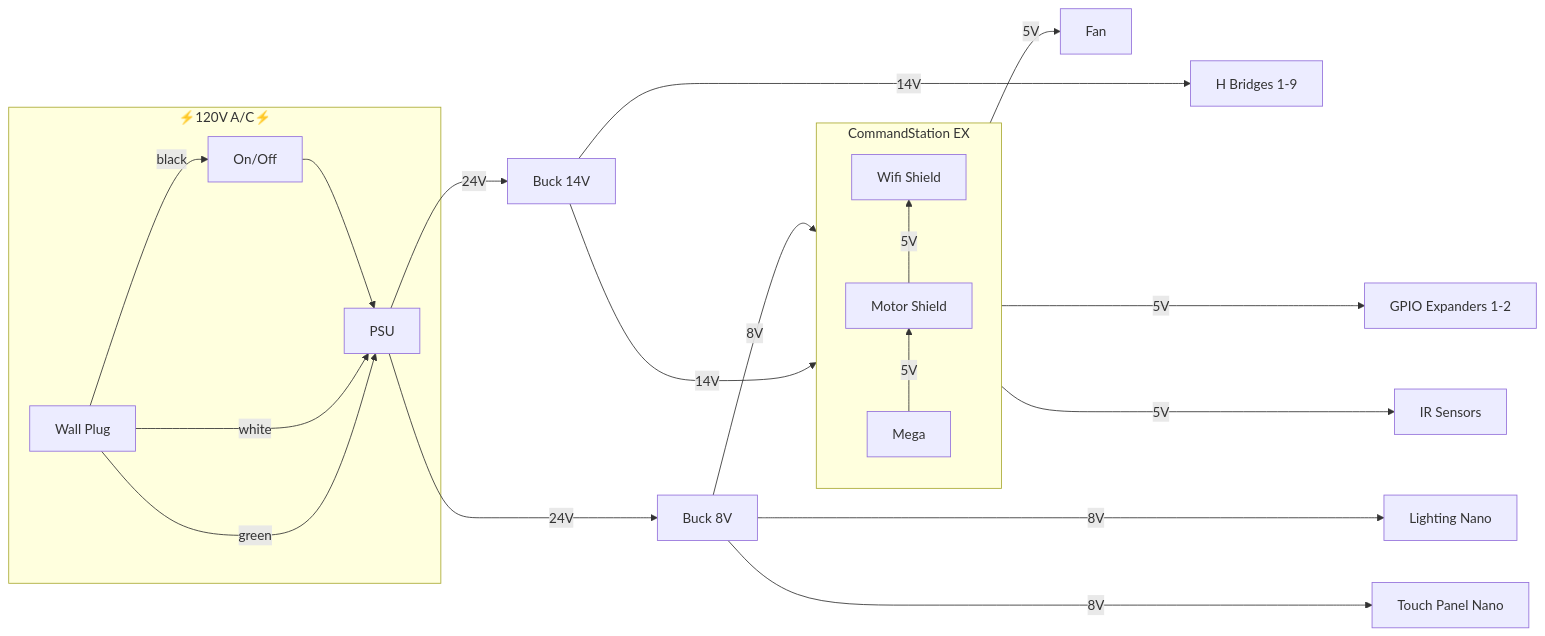
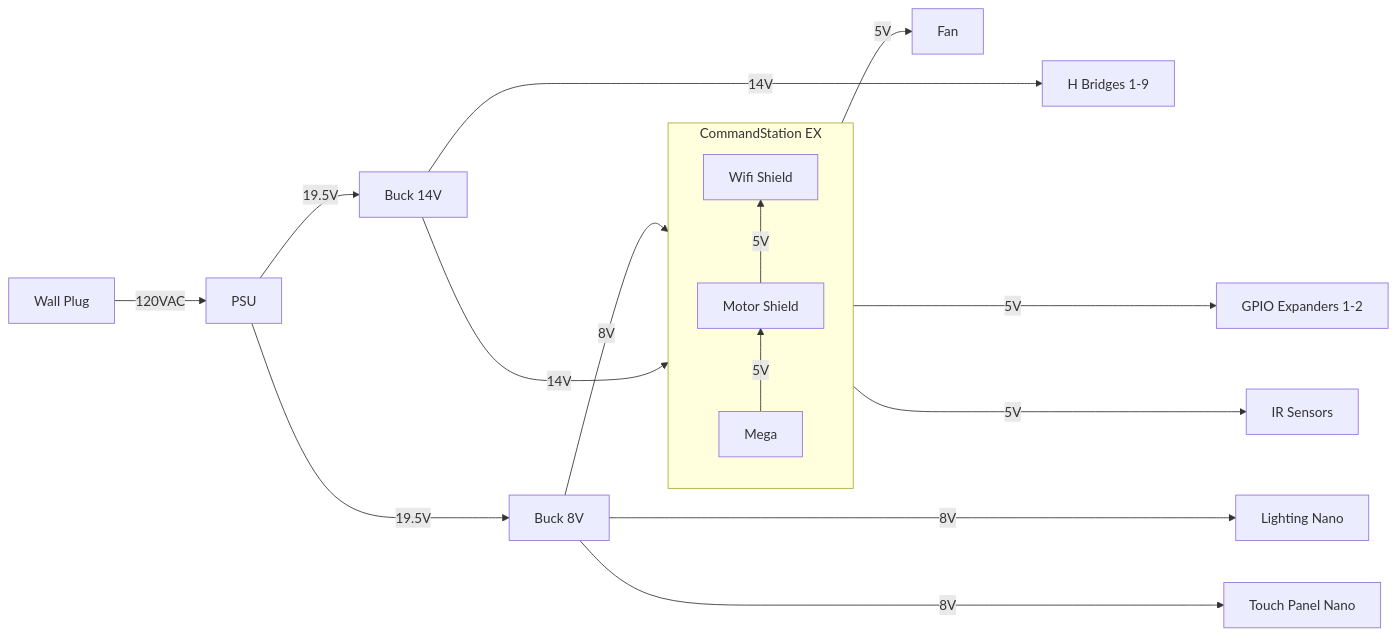
One commit to kmltechio/lumber_district changed the first of 4 diagrams in diagrams.md. Above: the diagram before and after it, drawn with Mermaid. The commit also changed other lines of this file, not shown here.

````diff
--- a/diagrams.md
+++ b/diagrams.md
@@ -3,32 +3,27 @@
 ```mermaid
 flowchart LR
-  subgraph ac ["⚡️120V A/C⚡️"]
-    P120[Wall Plug]
-    Pswitch[On/Off]
-    PSU
-    end
-  P120 -->|black| Pswitch --> PSU
-  P120 -->|white| PSU
-  P120 -->|green| PSU
+  P120[Wall Plug]
+  PSU
+  P120 -->|120VAC| PSU
   Buck14[Buck 14V]
   Buck8[Buck 8V]
-  PSU -->|24V| Buck14 & Buck8
+  PSU -->|19.5V| Buck14 & Buck8
   subgraph CmdStn[CommandStation EX]
     direction BT
     Mega
     Motor[Motor Shield]
     WiFi[Wifi Shield]
     Mega -->|5V| Motor -->|5V| WiFi
     end
   Lights[Lighting Nano]
   Touch[Touch Panel Nano]
   Gpio["GPIO Expanders 1-2"]
   HBridge["H Bridges 1-9"]
   IRSensors[IR Sensors]
   Buck8 -->|8V| Mega
   Buck8 ----->|8V| Lights & Touch
   Buck14 ----->|14V| HBridge
   Buck14 --->|14V| Motor
   Mega ---->|5V| Gpio & IRSensors
   Mega -->|5V| Fan
 ```
````
